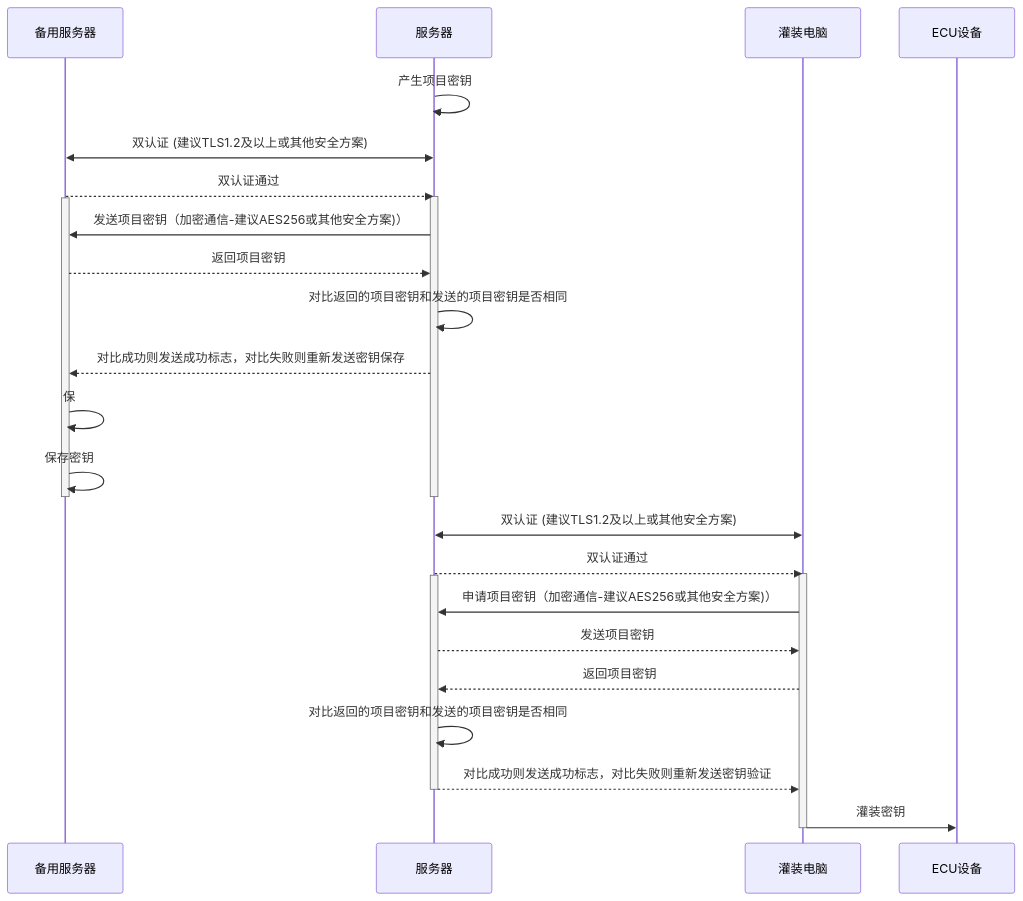
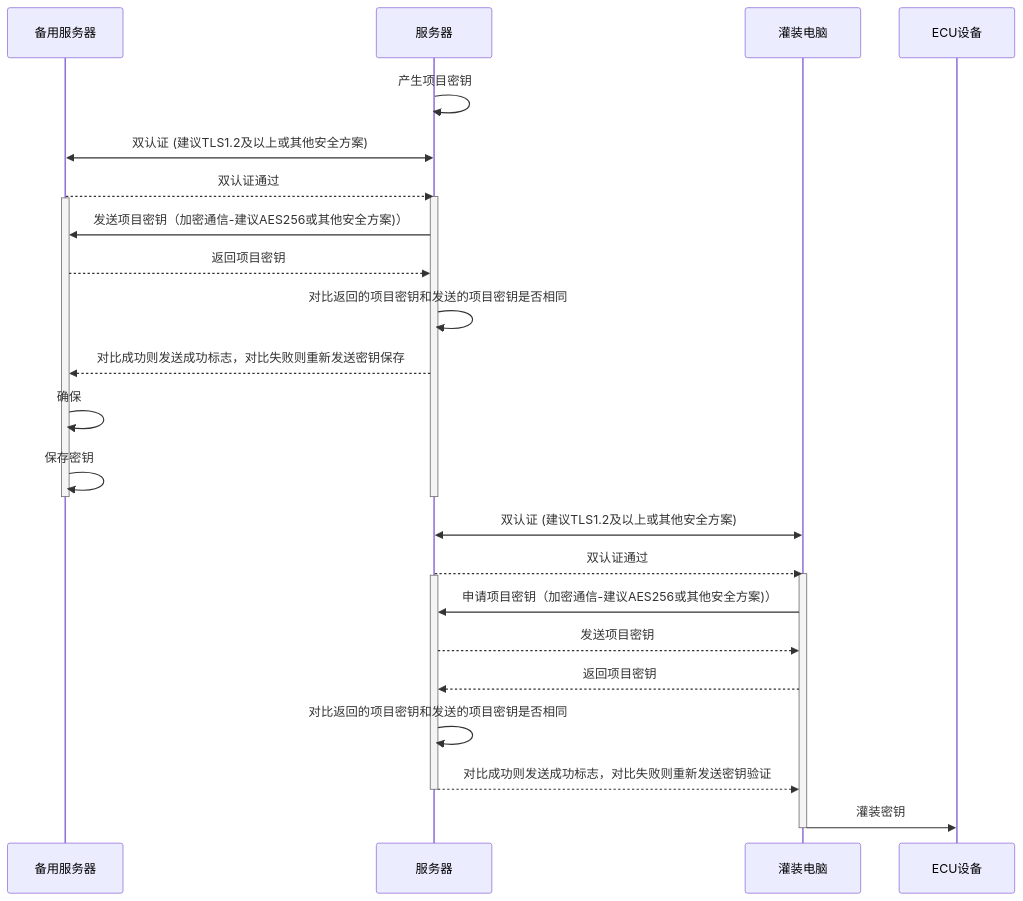
One commit to facebook-cloud/iodraw-files changed the diagram in all/未命名-10.md. Above: the diagram before and after it, drawn with Mermaid.

Commit message:
2026-01-23 13:40:40 update

````diff
--- a/all/未命名-10.md
+++ b/all/未命名-10.md
@@ -1,36 +1,36 @@
 ```mermaid
 sequenceDiagram
     participant B as 备用服务器
     participant A as 服务器
     participant C as 灌装电脑
     participant D as ECU设备
 
     A->>A: 产生项目密钥
     A<<->>B: 双认证 (建议TLS1.2及以上或其他安全方案)
     B-->>A: 双认证通过
     activate A
     activate B
     A->>B: 发送项目密钥（加密通信-建议AES256或其他安全方案)）
     B-->>A: 返回项目密钥
 
     A->>A: 对比返回的项目密钥和发送的项目密钥是否相同
     A-->>B: 对比成功则发送成功标志，对比失败则重新发送密钥保存
-    B->>B: 保
+    B->>B: 确保
     B->>B: 保存密钥
     deactivate B
     deactivate A
 
     C<<->>A: 双认证 (建议TLS1.2及以上或其他安全方案)
     A-->>C: 双认证通过
     activate C
     activate A
     C->>A: 申请项目密钥（加密通信-建议AES256或其他安全方案)）
     A-->>C: 发送项目密钥
     C-->>A: 返回项目密钥
     A->>A: 对比返回的项目密钥和发送的项目密钥是否相同
     A-->>C: 对比成功则发送成功标志，对比失败则重新发送密钥验证
     deactivate A
     C->>D: 灌装密钥
     deactivate C
 
 ```
````
